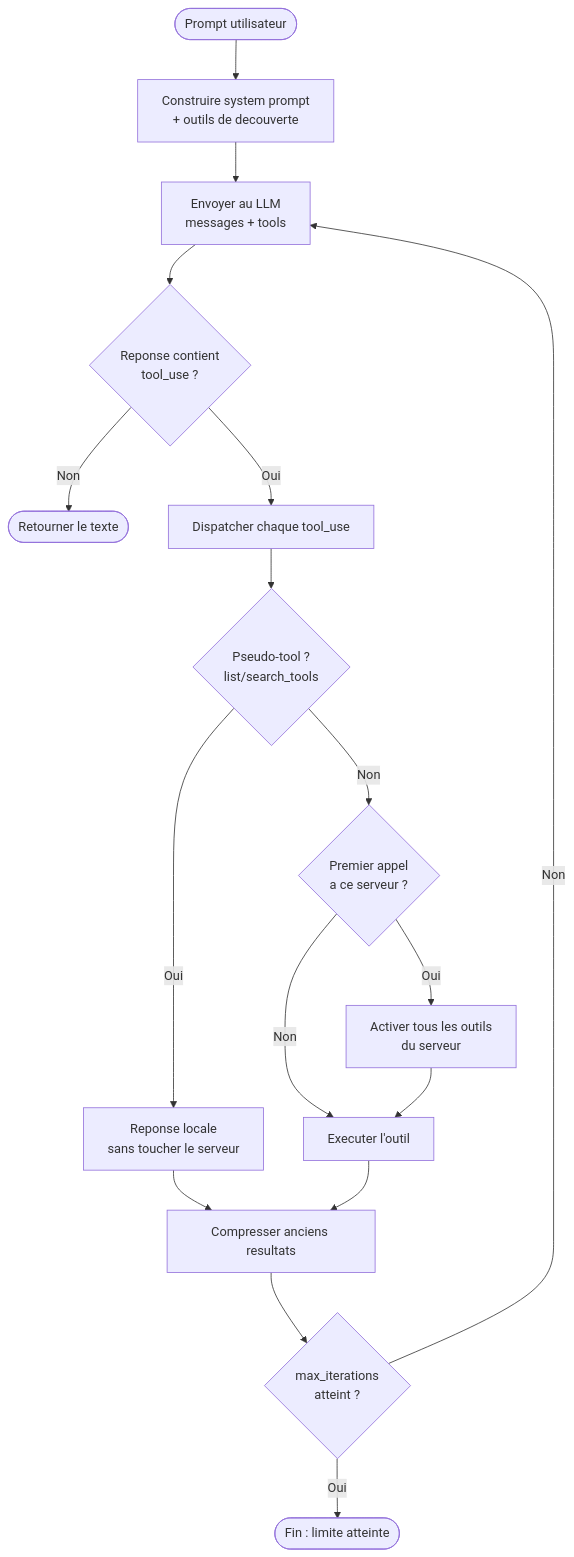
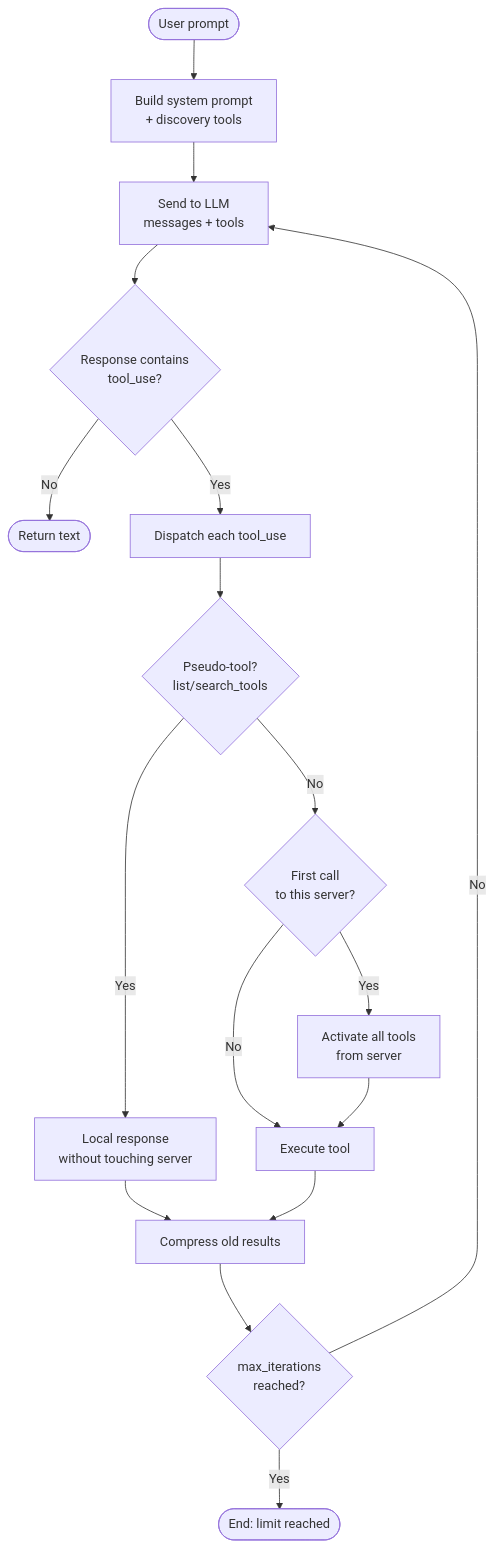
The first of 4 diagrams in docs/starlight/src/content/docs/guide/architecture.mdx (jeanbaptiste/webmcp-auto-ui), drawn with Mermaid before and after one commit. The commit also changed other lines of this file and 94 other files, not shown here.

````diff
--- a/docs/starlight/src/content/docs/guide/architecture.mdx
+++ b/docs/starlight/src/content/docs/guide/architecture.mdx
@@ -28,19 +28,19 @@
 ```mermaid
 flowchart TD
-    START([Prompt utilisateur]) --> BUILD[Construire system prompt<br/>+ outils de decouverte]
-    BUILD --> LLM[Envoyer au LLM<br/>messages + tools]
-    LLM --> PARSE{Reponse contient<br/>tool_use ?}
-    PARSE -->|Non| END_TEXT([Retourner le texte])
-    PARSE -->|Oui| DISPATCH[Dispatcher chaque tool_use]
-    DISPATCH --> PSEUDO{Pseudo-tool ?<br/>list/search_tools}
-    PSEUDO -->|Oui| LOCAL[Reponse locale<br/>sans toucher le serveur]
-    PSEUDO -->|Non| ACTIVATE{Premier appel<br/>a ce serveur ?}
-    ACTIVATE -->|Oui| LAZY[Activer tous les outils<br/>du serveur]
-    ACTIVATE -->|Non| EXEC[Executer l'outil]
+    START([User prompt]) --> BUILD[Build system prompt<br/>+ discovery tools]
+    BUILD --> LLM[Send to LLM<br/>messages + tools]
+    LLM --> PARSE{Response contains<br/>tool_use?}
+    PARSE -->|No| END_TEXT([Return text])
+    PARSE -->|Yes| DISPATCH[Dispatch each tool_use]
+    DISPATCH --> PSEUDO{Pseudo-tool?<br/>list/search_tools}
+    PSEUDO -->|Yes| LOCAL[Local response<br/>without touching server]
+    PSEUDO -->|No| ACTIVATE{First call<br/>to this server?}
+    ACTIVATE -->|Yes| LAZY[Activate all tools<br/>from server]
+    ACTIVATE -->|No| EXEC[Execute tool]
     LAZY --> EXEC
-    LOCAL --> COMPRESS[Compresser anciens resultats]
+    LOCAL --> COMPRESS[Compress old results]
     EXEC --> COMPRESS
-    COMPRESS --> CHECK{max_iterations<br/>atteint ?}
-    CHECK -->|Non| LLM
-    CHECK -->|Oui| END_MAX([Fin : limite atteinte])
+    COMPRESS --> CHECK{max_iterations<br/>reached?}
+    CHECK -->|No| LLM
+    CHECK -->|Yes| END_MAX([End: limit reached])
 ```
````
